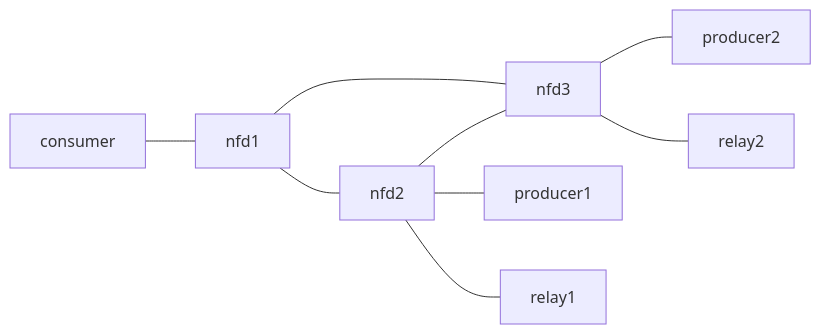
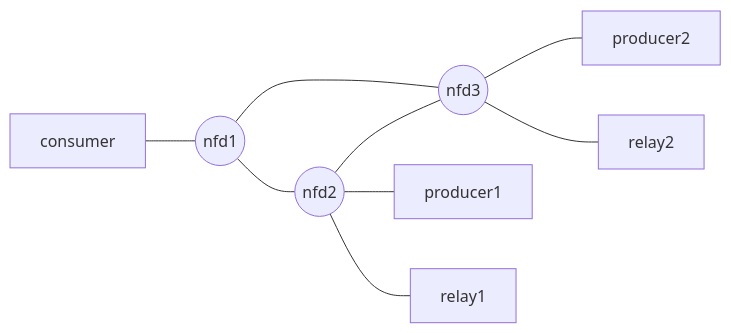
Before and after one commit to hydrokhoos/ndn-sfc-docker: the diagram in README.md, drawn with Mermaid. The commit also changed other lines of this file and 2 other files, not shown here.

````diff
--- a/README.md
+++ b/README.md
@@ -120,11 +120,11 @@
 ```mermaid
 flowchart LR
-  consumer["consumer"] --- nfd1["nfd1"]
-  nfd1 --- nfd2["nfd2"]
-  nfd1 --- nfd3["nfd3"]
+  consumer["consumer"] --- nfd1(("nfd1"))
+  nfd1 --- nfd2(("nfd2"))
+  nfd1 --- nfd3(("nfd3"))
   nfd2 --- nfd3
   nfd2 --- producer1["producer1"]
   nfd3 --- producer2["producer2"]
   nfd2 --- relay1["relay1"]
   nfd3 --- relay2["relay2"]
 ```
````
